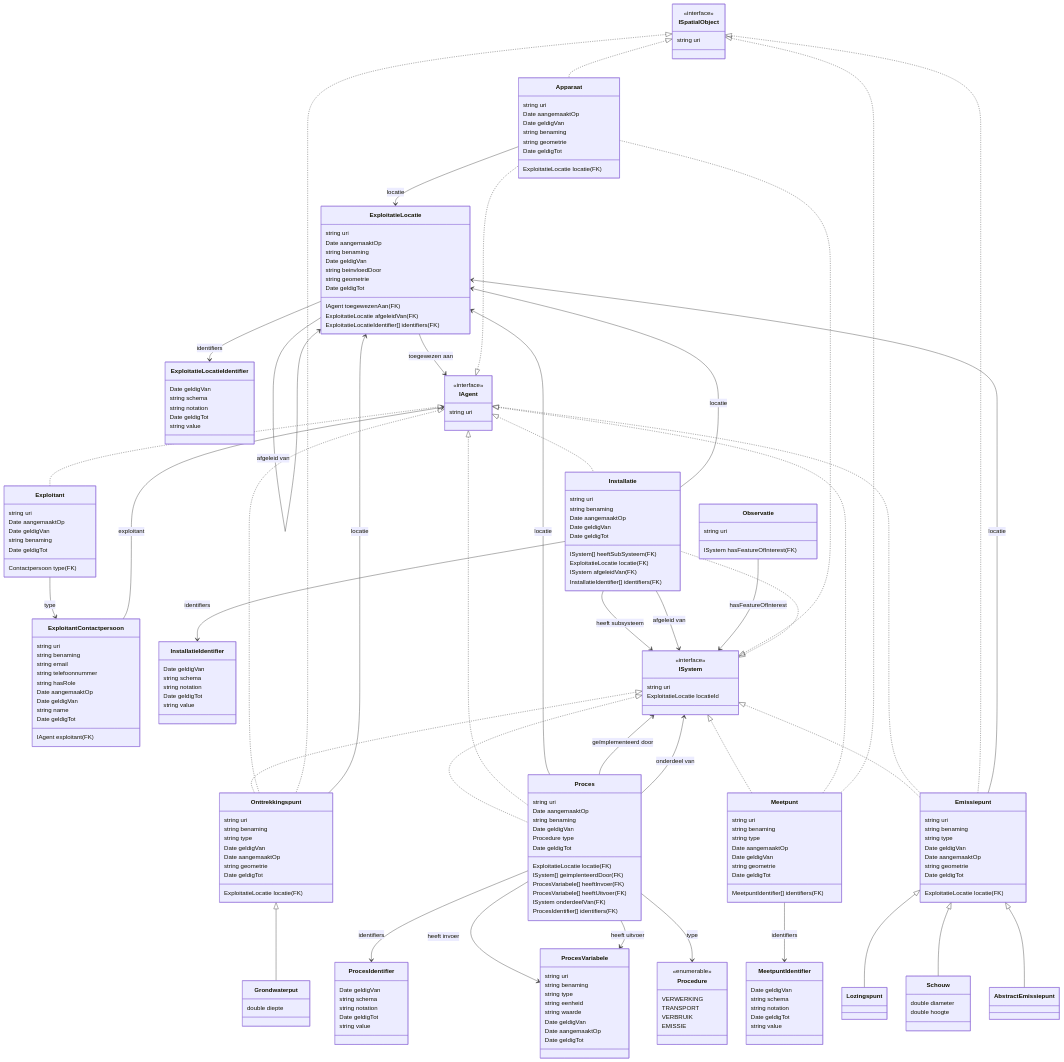
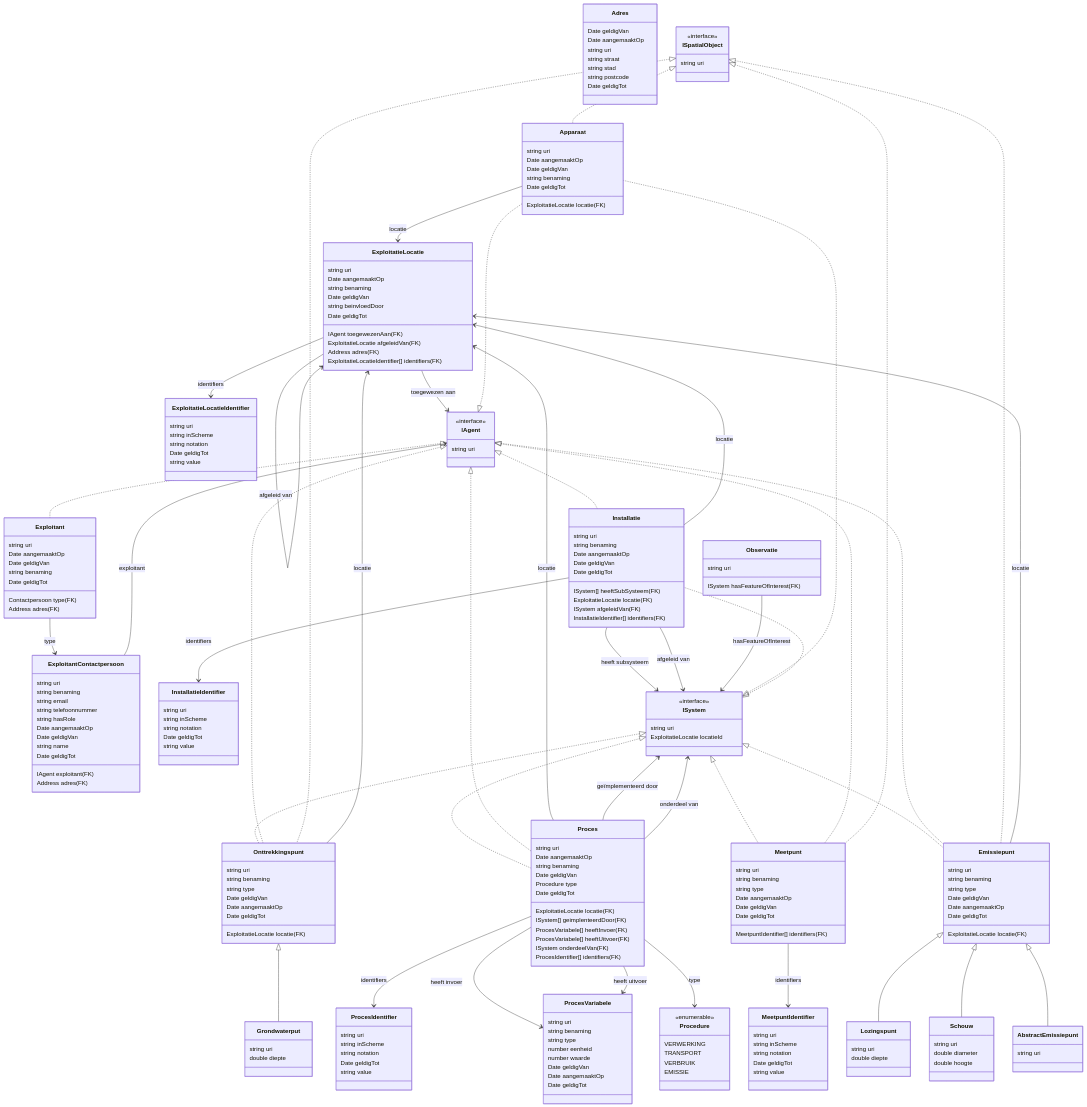
The diagram in documentatie/bin/model-generator/output/Class-generated.mmd (milieuinfo/RIE-IEPR), drawn with Mermaid before and after one commit. The commit also changed 32 other files, not shown here.

```diff
--- a/documentatie/bin/model-generator/output/Class-generated.mmd
+++ b/documentatie/bin/model-generator/output/Class-generated.mmd
@@ -1,6 +1,16 @@
 %% Auto-generated from OWL/SHACL
 classDiagram
     class AbstractEmissiepunt {
+        string uri
+    }
+      class Adres {
+        Date geldigVan
+        Date aangemaaktOp
+        string uri
+        string straat
+        string stad
+        string postcode
+        Date geldigTot
     }
       class Apparaat {
         string uri
@@ -8,7 +18,6 @@
         Date geldigVan
         ExploitatieLocatie locatie (FK)
         string benaming
-        string geometrie
         Date geldigTot
     }
       class ExploitantContactpersoon {
@@ -18,6 +27,7 @@
         string email
         string telefoonnummer
         string hasRole
+        Address adres (FK)
         Date aangemaaktOp
         Date geldigVan
         string name
@@ -30,7 +40,6 @@
         Date geldigVan
         Date aangemaaktOp
         ExploitatieLocatie locatie (FK)
-        string geometrie
         Date geldigTot
     }
       class Exploitant {
@@ -39,6 +48,7 @@
         Date geldigVan
         Contactpersoon type (FK)
         string benaming
+        Address adres (FK)
         Date geldigTot
     }
       class ExploitatieLocatie {
@@ -49,18 +59,19 @@
         IAgent toegewezenAan (FK)
         string beinvloedDoor
         ExploitatieLocatie afgeleidVan (FK)
-        string geometrie
+        Address adres (FK)
         Date geldigTot
         ExploitatieLocatieIdentifier[] identifiers (FK)
     }
       class ExploitatieLocatieIdentifier {
-        Date geldigVan
-        string schema
+        string uri
+        string inScheme
         string notation
         Date geldigTot
         string value
     }
       class Grondwaterput {
+        string uri
         double diepte
     }
       class Installatie {
@@ -75,13 +86,15 @@
         InstallatieIdentifier[] identifiers (FK)
     }
       class InstallatieIdentifier {
-        Date geldigVan
-        string schema
+        string uri
+        string inScheme
         string notation
         Date geldigTot
         string value
     }
       class Lozingspunt {
+        string uri
+        double diepte
     }
       class Meetpunt {
         string uri
@@ -89,13 +102,12 @@
         string type
         Date aangemaaktOp
         Date geldigVan
-        string geometrie
         Date geldigTot
         MeetpuntIdentifier[] identifiers (FK)
     }
       class MeetpuntIdentifier {
-        Date geldigVan
-        string schema
+        string uri
+        string inScheme
         string notation
         Date geldigTot
         string value
@@ -111,7 +123,6 @@
         Date geldigVan
         Date aangemaaktOp
         ExploitatieLocatie locatie (FK)
-        string geometrie
         Date geldigTot
     }
       class Proces {
@@ -129,8 +140,8 @@
         ProcesIdentifier[] identifiers (FK)
     }
       class ProcesIdentifier {
-        Date geldigVan
-        string schema
+        string uri
+        string inScheme
         string notation
         Date geldigTot
         string value
@@ -139,13 +150,14 @@
         string uri
         string benaming
         string type
-        string eenheid
-        string waarde
+        number eenheid
+        number waarde
         Date geldigVan
         Date aangemaaktOp
         Date geldigTot
     }
       class Schouw {
+        string uri
         double diameter
         double hoogte
     }
```
